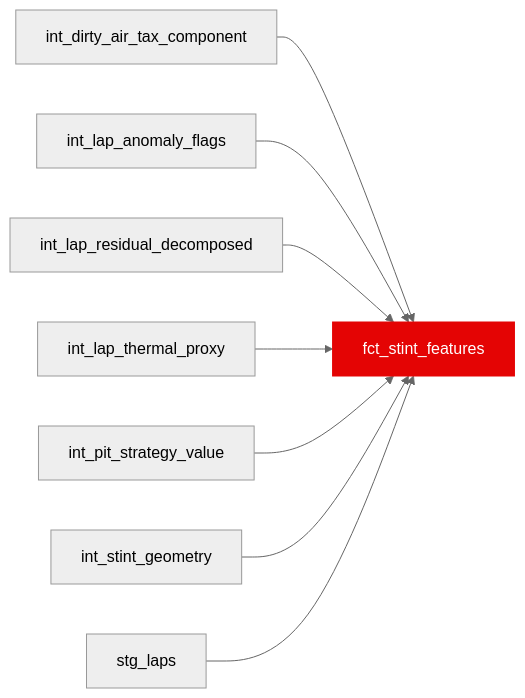
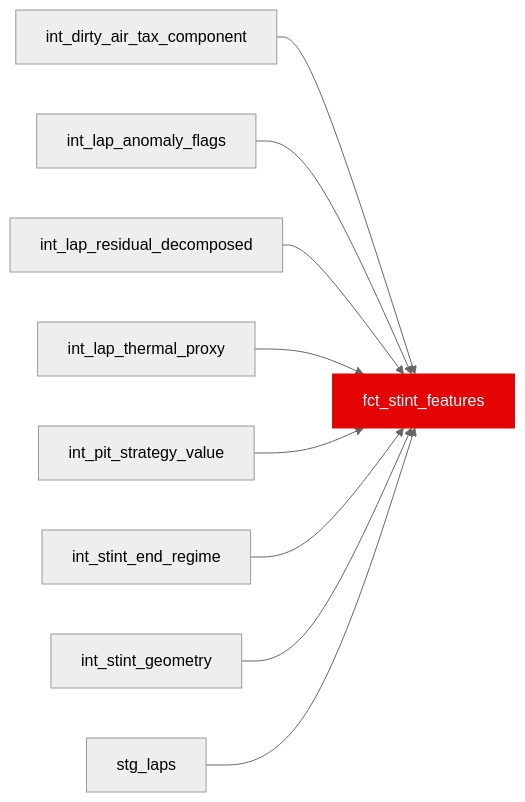
One commit to JustinClarke/off-the-pace changed the diagram in docs/reference/models/fct/fct_stint_features.mdx. Above: the diagram before and after it, drawn with Mermaid (neutral theme). The commit also changed other lines of this file and 91 other files, not shown here.

````diff
--- a/docs/reference/models/fct/fct_stint_features.mdx
+++ b/docs/reference/models/fct/fct_stint_features.mdx
@@ -15,11 +15,12 @@
 ```mermaid
 flowchart LR
   int_dirty_air_tax_component --> fct_stint_features
   int_lap_anomaly_flags --> fct_stint_features
   int_lap_residual_decomposed --> fct_stint_features
   int_lap_thermal_proxy --> fct_stint_features
   int_pit_strategy_value --> fct_stint_features
+  int_stint_end_regime --> fct_stint_features
   int_stint_geometry --> fct_stint_features
   stg_laps --> fct_stint_features
   style fct_stint_features fill:#e40404,stroke:#e40404,color:#fff
 ```
````
